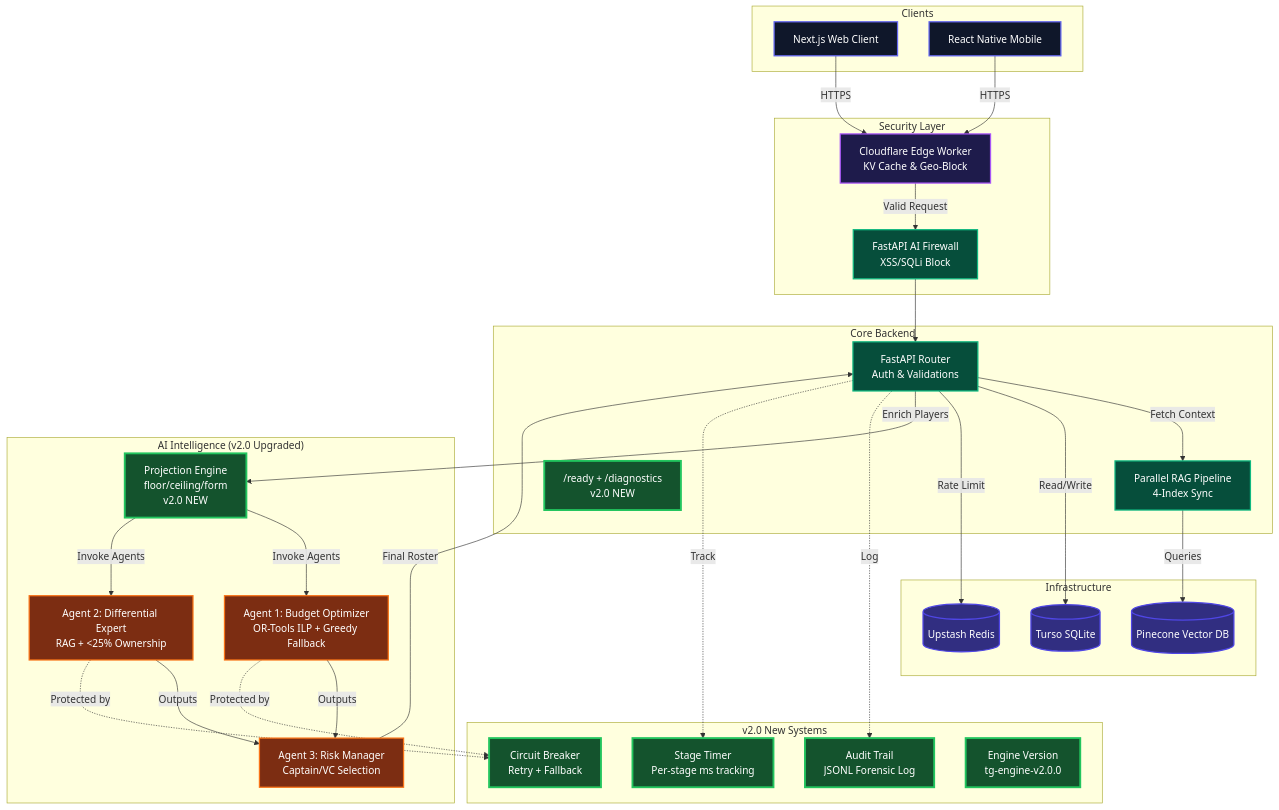
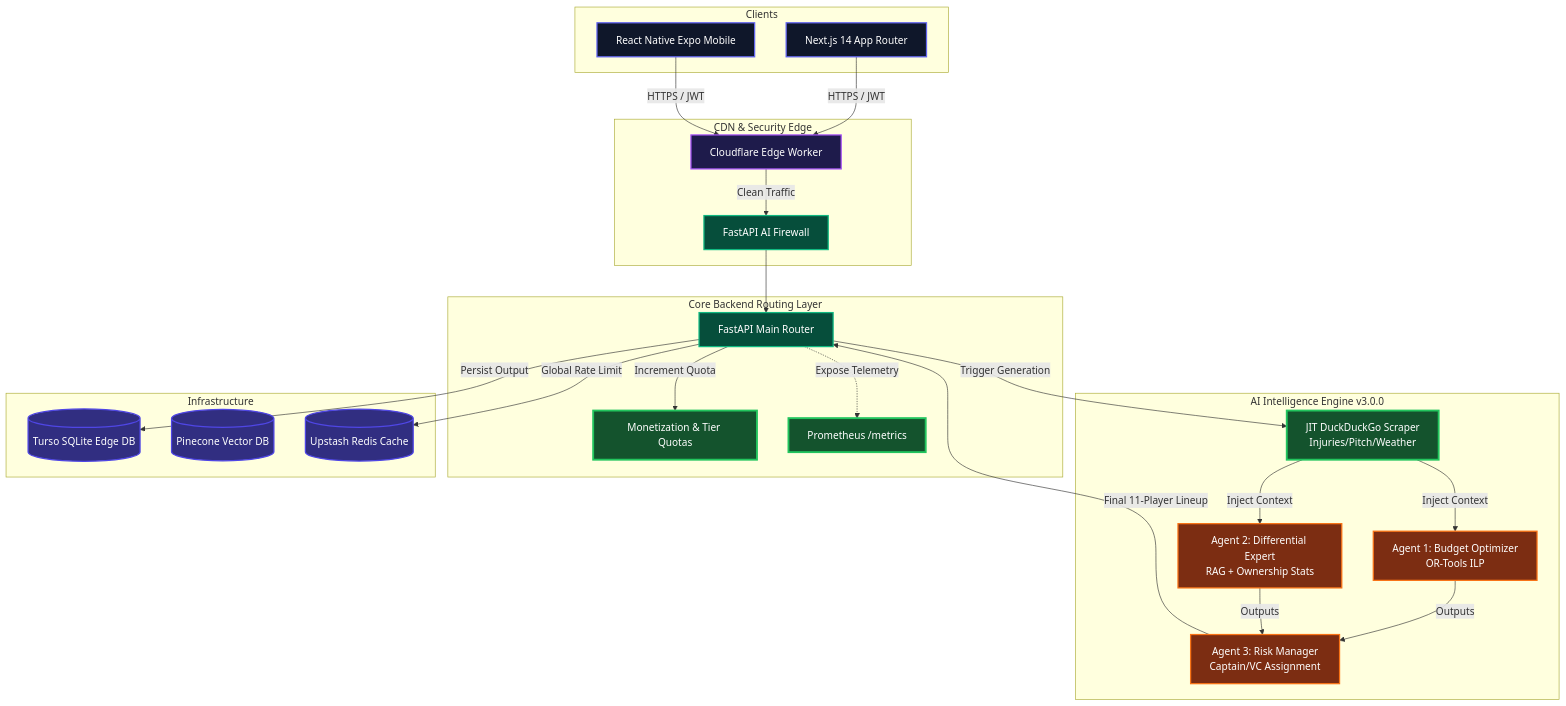
The diagram in README.md (Inayat-0007/teamgenie-ai-PRIVATE-PATENT-2026), drawn with Mermaid before and after one commit. The commit also changed other lines of this file, not shown here.

````diff
--- a/README.md
+++ b/README.md
@@ -141,62 +89,52 @@
 ```mermaid
 graph TD
     %% Styling
     classDef client fill:#0f172a,stroke:#6366f1,stroke-width:2px,color:#fff
     classDef edge fill:#1e1b4b,stroke:#a855f7,stroke-width:2px,color:#fff
     classDef api fill:#064e3b,stroke:#10b981,stroke-width:2px,color:#fff
     classDef ai fill:#7c2d12,stroke:#f97316,stroke-width:2px,color:#fff
     classDef db fill:#312e81,stroke:#4f46e5,stroke-width:2px,color:#fff
     classDef new fill:#14532d,stroke:#22c55e,stroke-width:3px,color:#fff
 
     subgraph Clients
-        W[Next.js Web Client]:::client
-        M[React Native Mobile]:::client
+        W[Next.js 14 App Router]:::client
+        M[React Native Expo Mobile]:::client
     end
 
-    subgraph Security Layer
-        CF[Cloudflare Edge Worker<br>KV Cache & Geo-Block]:::edge
-        FW[FastAPI AI Firewall<br>XSS/SQLi Block]:::api
+    subgraph CDN & Security Edge
+        CF[Cloudflare Edge Worker]:::edge
+        FW[FastAPI AI Firewall]:::api
     end
 
-    subgraph Core Backend
-        API[FastAPI Router<br>Auth & Validations]:::api
-        RAG[Parallel RAG Pipeline<br>4-Index Sync]:::api
-        READY["/ready + /diagnostics<br>v2.0 NEW"]:::new
+    subgraph Core Backend Routing Layer
+        API[FastAPI Main Router]:::api
+        PAY[Monetization & Tier Quotas]:::new
+        METRICS["Prometheus /metrics"]:::new
     end
 
-    subgraph "AI Intelligence (v2.0 Upgraded)"
-        PROJ["Projection Engine<br>floor/ceiling/form<br>v2.0 NEW"]:::new
-        B["Agent 1: Budget Optimizer<br>OR-Tools ILP + Greedy Fallback"]:::ai
-        D["Agent 2: Differential Expert<br>RAG + <25% Ownership"]:::ai
-        R["Agent 3: Risk Manager<br>Captain/VC Selection"]:::ai
-    end
-
-    subgraph "v2.0 New Systems"
-        TIMER["Stage Timer<br>Per-stage ms tracking"]:::new
-        AUDIT["Audit Trail<br>JSONL Forensic Log"]:::new
-        CB["Circuit Breaker<br>Retry + Fallback"]:::new
-        VER["Engine Version<br>tg-engine-v2.0.0"]:::new
+    subgraph AI Intelligence Engine v3.0.0
+        JIT["JIT DuckDuckGo Scraper<br>Injuries/Pitch/Weather"]:::new
+        B["Agent 1: Budget Optimizer<br>OR-Tools ILP"]:::ai
+        D["Agent 2: Differential Expert<br>RAG + Ownership Stats"]:::ai
+        R["Agent 3: Risk Manager<br>Captain/VC Assignment"]:::ai
     end
 
     subgraph Infrastructure
-        T[(Turso SQLite)]:::db
+        T[(Turso SQLite Edge DB)]:::db
         P[(Pinecone Vector DB)]:::db
-        U[(Upstash Redis)]:::db
+        U[(Upstash Redis Cache)]:::db
     end
 
-    %% Flow
-    W & M -->|HTTPS| CF
-    CF -->|Valid Request| FW
+    %% Flow Definitions
+    W & M -->|HTTPS / JWT| CF
+    CF -->|Clean Traffic| FW
     FW --> API
-    API -->|Fetch Context| RAG
-    RAG -->|Queries| P
-    API -->|Read/Write| T
-    API -->|Rate Limit| U
-    API -->|Enrich Players| PROJ
-    PROJ -->|Invoke Agents| B & D
+    API -->|Increment Quota| PAY
+    API -->|Trigger Generation| JIT
+    JIT -->|Inject Context| B & D
     B & D -->|Outputs| R
-    R -->|Final Roster| API
-    API -.->|Log| AUDIT
-    API -.->|Track| TIMER
-    B & D -.->|Protected by| CB
+    R -->|Final 11-Player Lineup| API
+    API -->|Persist Output| T
+    API -->|Global Rate Limit| U
+    API -.->|Expose Telemetry| METRICS
 ```
````
